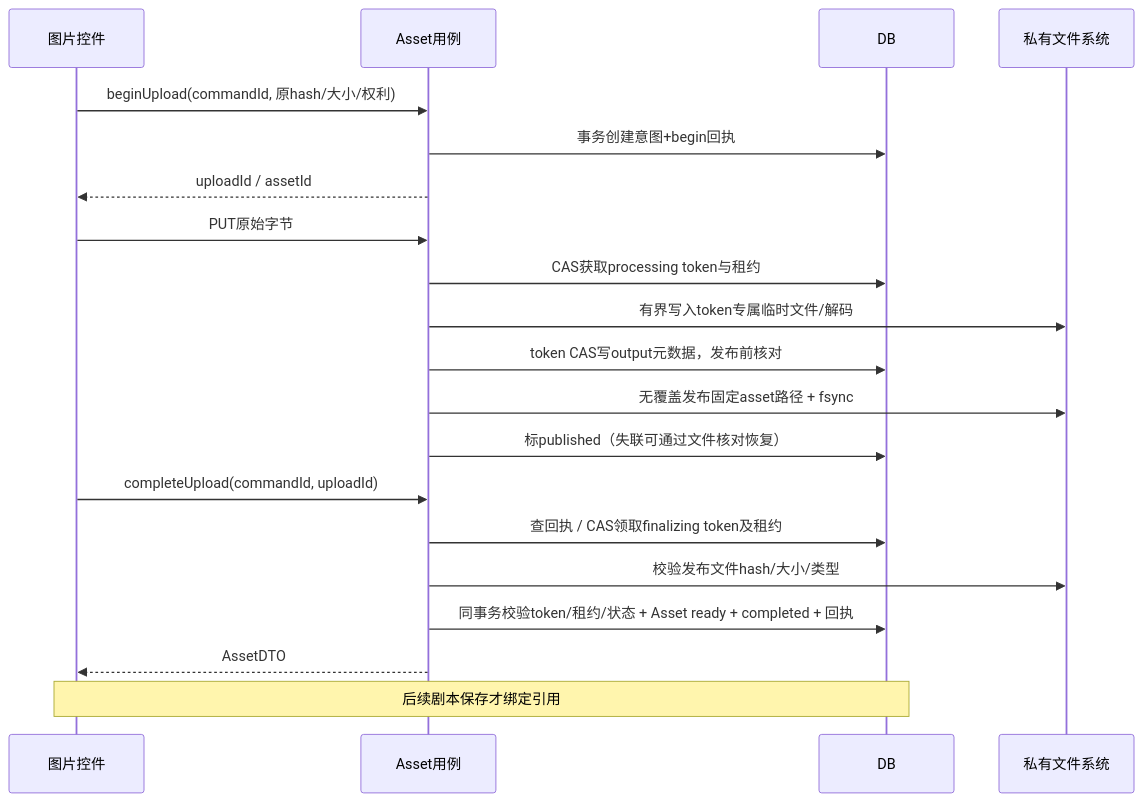
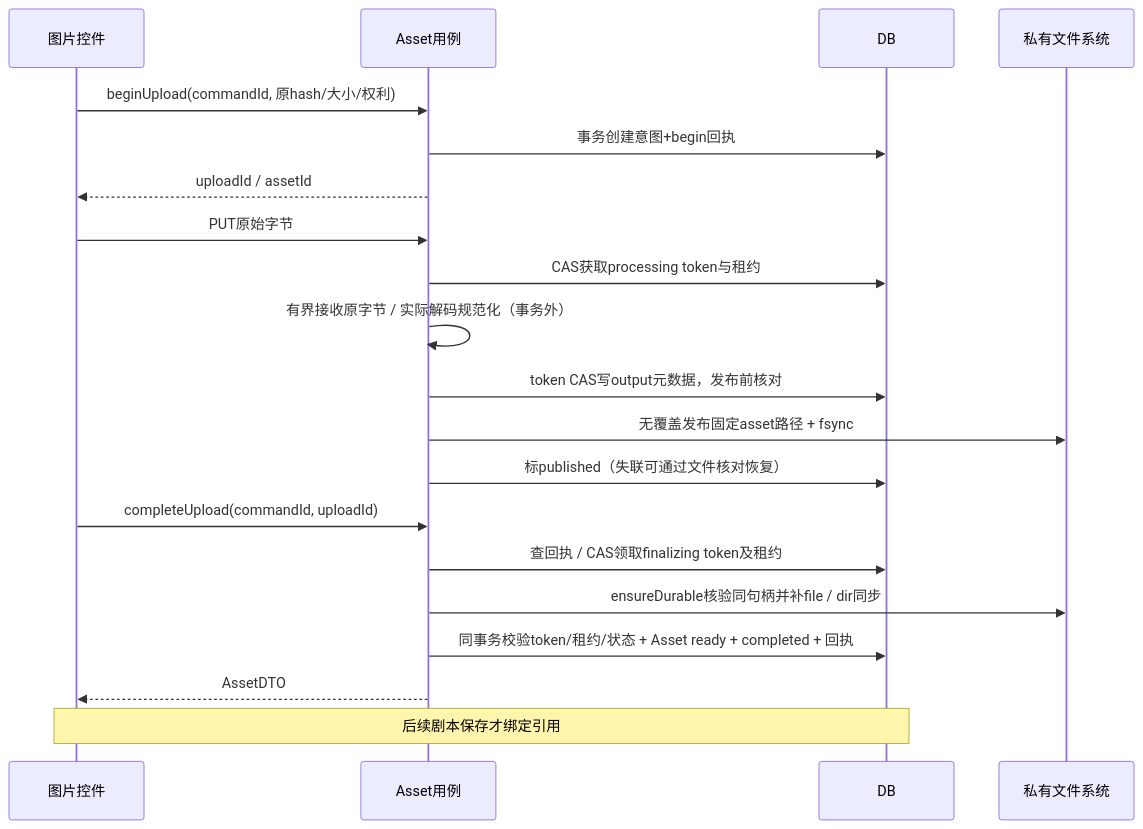
Before and after one commit to LordFoxFairy/everwoven: the third of 3 diagrams in docs/architecture/INTEGRATED-AUTHORING-M1.md, drawn with Mermaid. The commit also changed other lines of this file and 8 other files, not shown here.

````diff
--- a/docs/architecture/INTEGRATED-AUTHORING-M1.md
+++ b/docs/architecture/INTEGRATED-AUTHORING-M1.md
@@ -330,22 +330,22 @@
 ```mermaid
 sequenceDiagram
   participant C as 图片控件
   participant A as Asset用例
   participant D as DB
   participant F as 私有文件系统
   C->>A: beginUpload(commandId, 原hash/大小/权利)
   A->>D: 事务创建意图+begin回执
   A-->>C: uploadId / assetId
   C->>A: PUT原始字节
   A->>D: CAS获取processing token与租约
-  A->>F: 有界写入token专属临时文件/解码
+  A->>A: 有界接收原字节 / 实际解码规范化（事务外）
   A->>D: token CAS写output元数据，发布前核对
   A->>F: 无覆盖发布固定asset路径 + fsync
   A->>D: 标published（失联可通过文件核对恢复）
   C->>A: completeUpload(commandId, uploadId)
   A->>D: 查回执 / CAS领取finalizing token及租约
-  A->>F: 校验发布文件hash/大小/类型
+  A->>F: ensureDurable核验同句柄并补file / dir同步
   A->>D: 同事务校验token/租约/状态 + Asset ready + completed + 回执
   A-->>C: AssetDTO
   Note over C,D: 后续剧本保存才绑定引用
 ```
````
